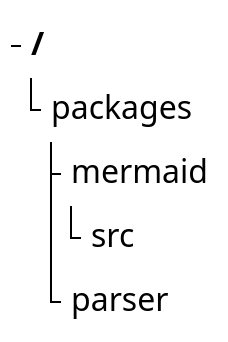
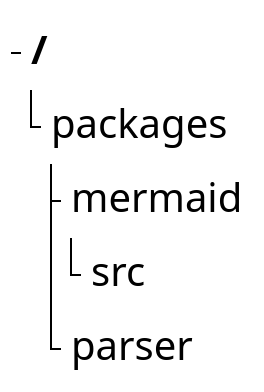
One commit to mermaid-js/mermaid changed the second of 2 diagrams in docs/syntax/treeView.md. Above: the diagram before and after it, drawn with Mermaid. The commit also changed other lines of this file and 1 other file, not shown here.

Commit message:
fix missed examples

````diff
--- a/docs/syntax/treeView.md
+++ b/docs/syntax/treeView.md
@@ -60,15 +60,15 @@
 ```mermaid
 ---
 config:
     treeView:
         rowIndent: 5
     themeVariables:
         treeView:
-            fontSize: '20px'
+            labelFontSize: '20px'
 ---
 treeView-beta
     "packages"
         "mermaid"
             "src"
         "parser"
 ```
````
